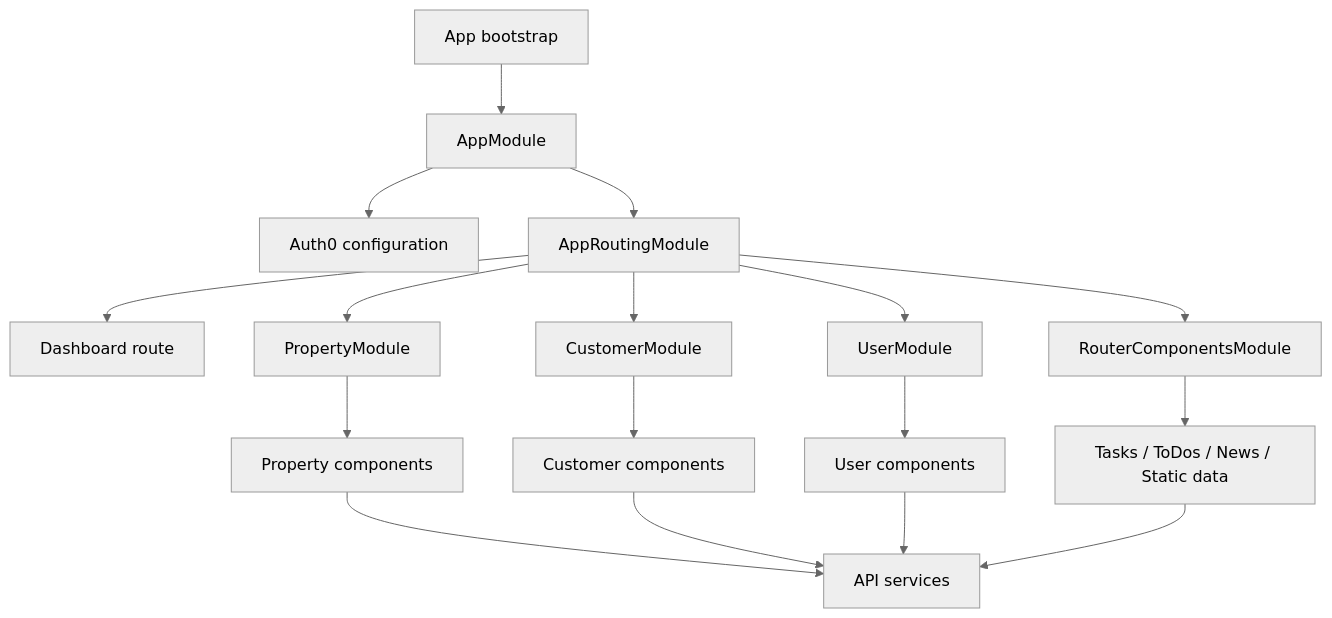
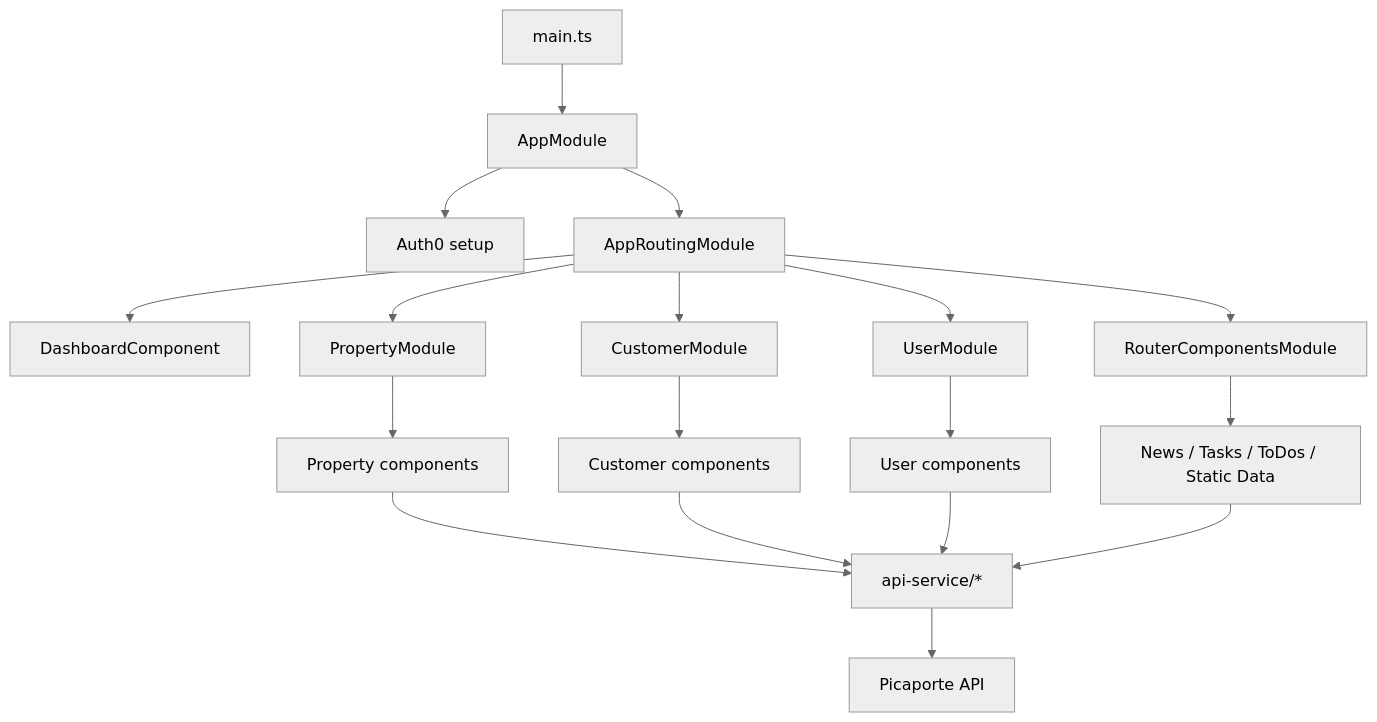
The first of 4 diagrams in README.md (Goncalo-Correia/picaporte-backoffice-frontend), drawn with Mermaid (neutral theme) before and after one commit. The commit also changed other lines of this file and 2 other files, not shown here.

````diff
--- a/README.md
+++ b/README.md
@@ -85,19 +90,20 @@
 ```mermaid
 flowchart TD
-    A["App bootstrap"] --> B["AppModule"]
-    B --> C["Auth0 configuration"]
+    A["main.ts"] --> B["AppModule"]
+    B --> C["Auth0 setup"]
     B --> D["AppRoutingModule"]
-    D --> E["Dashboard route"]
+    D --> E["DashboardComponent"]
     D --> F["PropertyModule"]
     D --> G["CustomerModule"]
     D --> H["UserModule"]
     D --> I["RouterComponentsModule"]
     F --> J["Property components"]
     G --> K["Customer components"]
     H --> L["User components"]
-    I --> M["Tasks / ToDos / News / Static data"]
-    J --> N["API services"]
+    I --> M["News / Tasks / ToDos / Static Data"]
+    J --> N["api-service/*"]
     K --> N
     L --> N
     M --> N
+    N --> O["Picaporte API"]
 ```
````
